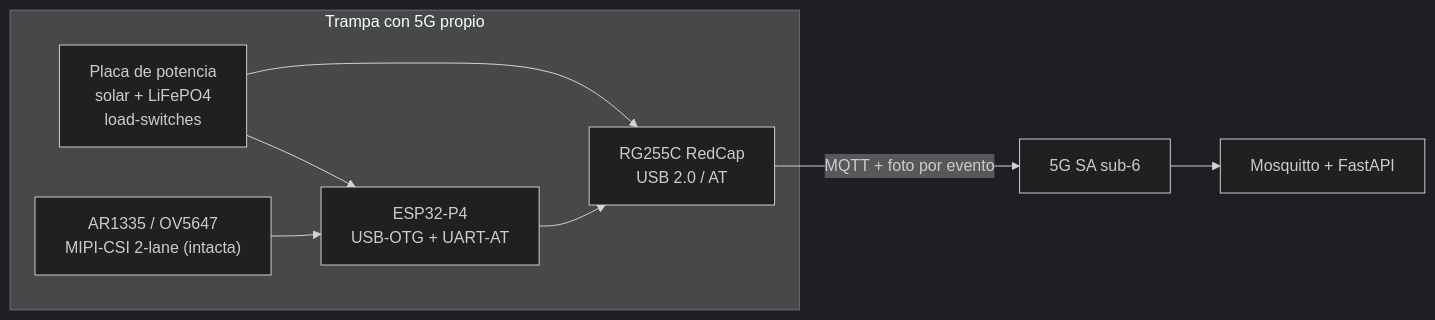
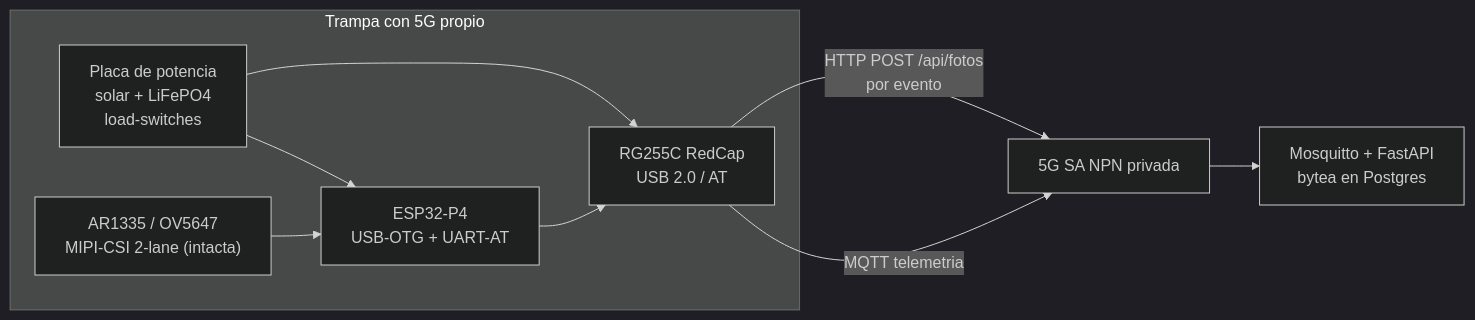
Before and after one commit to vertivolatam/hackathon-5g-2026: the third of 3 diagrams in docs-site/docs/explanation/hardware-decisiones.md, drawn with Mermaid (dark theme). The commit also changed other lines of this file and 13 other files, not shown here.

First line of the commit message:
feat(fotos): pipeline trampa-HTTP-Postgres-Grafana + Timescale + diagramas

````diff
--- a/docs-site/docs/explanation/hardware-decisiones.md
+++ b/docs-site/docs/explanation/hardware-decisiones.md
@@ -60,11 +57,12 @@
 ```mermaid
 graph LR
     subgraph Trampa con 5G propio
         P4["ESP32-P4<br/>USB-OTG + UART-AT"] --> M["RG255C RedCap<br/>USB 2.0 / AT"]
         PWR["Placa de potencia<br/>solar + LiFePO4<br/>load-switches"] --> P4
         PWR --> M
         CAM["AR1335 / OV5647<br/>MIPI-CSI 2-lane (intacta)"] --> P4
     end
-    M -->|MQTT + foto por evento| N5["5G SA sub-6"]
-    N5 --> B["Mosquitto + FastAPI"]
+    M -->|MQTT telemetria| N5["5G SA NPN privada"]
+    M -->|HTTP POST /api/fotos<br/>por evento| N5
+    N5 --> B["Mosquitto + FastAPI<br/>bytea en Postgres"]
 ```
````
